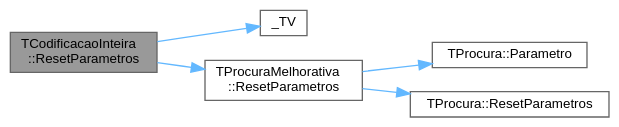
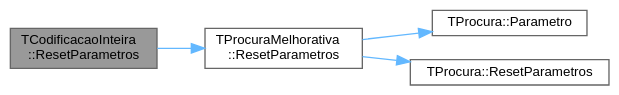
The diagram in classTCodificacaoInteira_a5100a41aeaae385245b0cf8f493615a3_cgraph.dot (jcoelho72/TProcura), drawn with Graphviz before and after one commit. The commit also changed 235 other files, not shown here.

```diff
--- a/classTCodificacaoInteira_a5100a41aeaae385245b0cf8f493615a3_cgraph.dot
+++ b/classTCodificacaoInteira_a5100a41aeaae385245b0cf8f493615a3_cgraph.dot
@@ -1,17 +1,15 @@
 digraph "TCodificacaoInteira::ResetParametros"
 {
  // LATEX_PDF_SIZE
   bgcolor="transparent";
   edge [fontname=Helvetica,fontsize=10,labelfontname=Helvetica,labelfontsize=10];
   node [fontname=Helvetica,fontsize=10,shape=box,height=0.2,width=0.4];
   rankdir="LR";
   Node1 [id="Node000001",label="TCodificacaoInteira\l::ResetParametros",height=0.2,width=0.4,color="gray40", fillcolor="grey60", style="filled", fontcolor="black",tooltip="Inicializa os parametros, indicadores e instâncias."];
   Node1 -> Node2 [id="edge1_Node000001_Node000002",color="steelblue1",style="solid",tooltip=" "];
-  Node2 [id="Node000002",label="_TV",height=0.2,width=0.4,color="grey40", fillcolor="white", style="filled",URL="$TVector_8h.html#a442726d787e600d83bb1f358840dcb3a",tooltip=" "];
-  Node1 -> Node3 [id="edge2_Node000001_Node000003",color="steelblue1",style="solid",tooltip=" "];
-  Node3 [id="Node000003",label="TProcuraMelhorativa\l::ResetParametros",height=0.2,width=0.4,color="grey40", fillcolor="white", style="filled",URL="$classTProcuraMelhorativa.html#ad52a9ac59f07587d70dc696c0648fe62",tooltip="Inicializa os parametros, indicadores e instâncias."];
-  Node3 -> Node4 [id="edge3_Node000003_Node000004",color="steelblue1",style="solid",tooltip=" "];
-  Node4 [id="Node000004",label="TProcura::Parametro",height=0.2,width=0.4,color="grey40", fillcolor="white", style="filled",URL="$classTProcura.html#a0e9e692f29af8a5d5279a8647c800437",tooltip=" "];
-  Node3 -> Node5 [id="edge4_Node000003_Node000005",color="steelblue1",style="solid",tooltip=" "];
-  Node5 [id="Node000005",label="TProcura::ResetParametros",height=0.2,width=0.4,color="grey40", fillcolor="white", style="filled",URL="$classTProcura.html#a6b870a79b10bf2523bdb37c4b06bb871",tooltip="Inicializa os parametros, indicadores e instâncias."];
+  Node2 [id="Node000002",label="TProcuraMelhorativa\l::ResetParametros",height=0.2,width=0.4,color="grey40", fillcolor="white", style="filled",URL="$classTProcuraMelhorativa.html#ad52a9ac59f07587d70dc696c0648fe62",tooltip="Inicializa os parametros, indicadores e instâncias."];
+  Node2 -> Node3 [id="edge2_Node000002_Node000003",color="steelblue1",style="solid",tooltip=" "];
+  Node3 [id="Node000003",label="TProcura::Parametro",height=0.2,width=0.4,color="grey40", fillcolor="white", style="filled",URL="$classTProcura.html#a0e9e692f29af8a5d5279a8647c800437",tooltip=" "];
+  Node2 -> Node4 [id="edge3_Node000002_Node000004",color="steelblue1",style="solid",tooltip=" "];
+  Node4 [id="Node000004",label="TProcura::ResetParametros",height=0.2,width=0.4,color="grey40", fillcolor="white", style="filled",URL="$classTProcura.html#a6b870a79b10bf2523bdb37c4b06bb871",tooltip="Inicializa os parametros, indicadores e instâncias."];
 }
```
